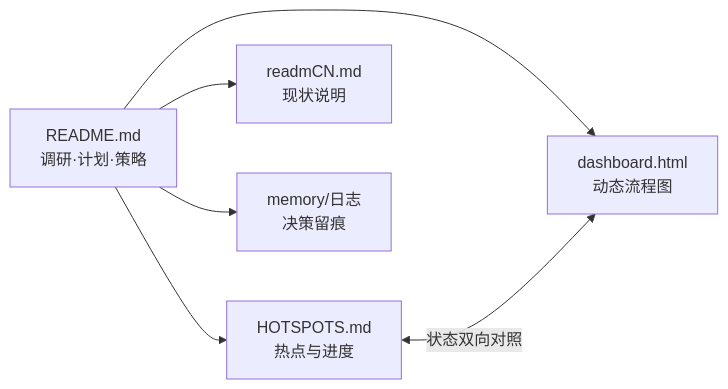
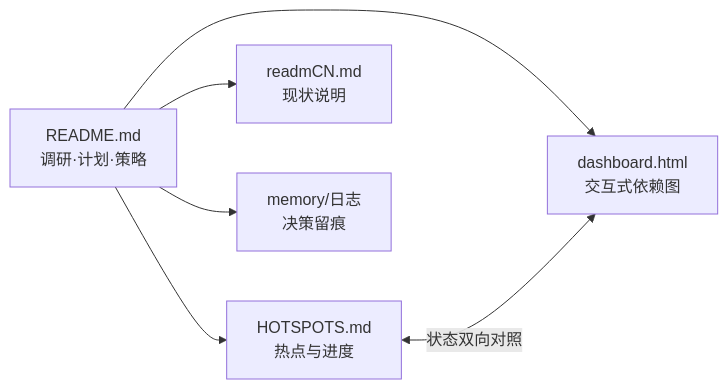
One commit to ht182400-creator/OpenCut changed the first of 9 diagrams in roadmap/README.md. Above: the diagram before and after it, drawn with Mermaid. The commit also changed other lines of this file and 8 other files, not shown here.

````diff
--- a/roadmap/README.md
+++ b/roadmap/README.md
@@ -31,8 +31,8 @@
 ```mermaid
 flowchart LR
     A[README.md<br/>调研·计划·策略] --> B[HOTSPOTS.md<br/>热点与进度]
-    A --> C[dashboard.html<br/>动态流程图]
+    A --> C[dashboard.html<br/>交互式依赖图]
     B <-->|状态双向对照| C
     A --> D[readmCN.md<br/>现状说明]
     A --> E[memory/日志<br/>决策留痕]
 ```
````
